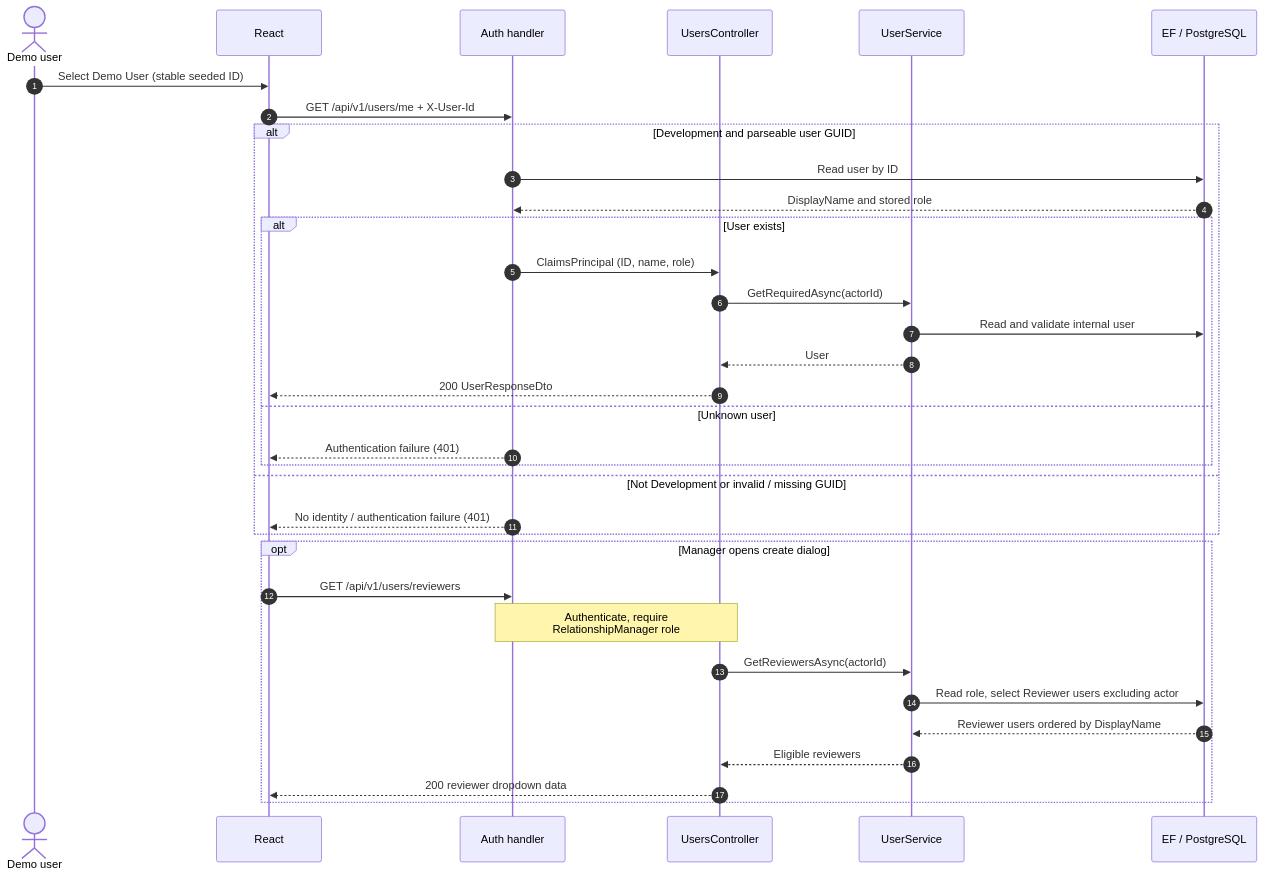
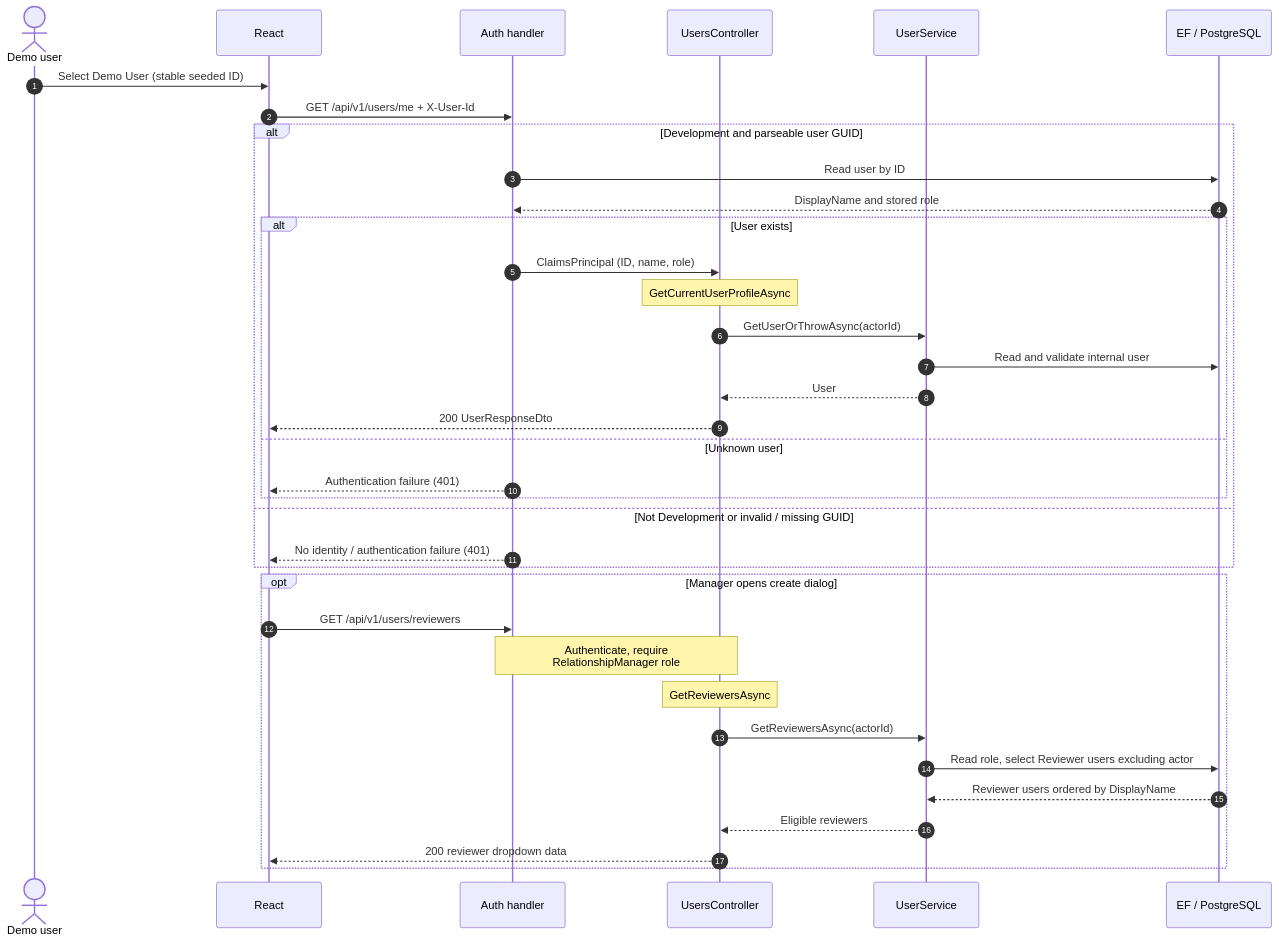
The diagram in Backend/BlueHarvest.PricingExceptions/docs/CurrentImplementation/diagrams/01-development-identity.mmd (FerdinandGang4/Mortgage-pricing-exception-requests-Application), drawn with Mermaid before and after one commit. The commit also changed 128 other files, not shown here.

```diff
--- a/Backend/BlueHarvest.PricingExceptions/docs/CurrentImplementation/diagrams/01-development-identity.mmd
+++ b/Backend/BlueHarvest.PricingExceptions/docs/CurrentImplementation/diagrams/01-development-identity.mmd
@@ -1,34 +1,36 @@
 sequenceDiagram
     autonumber
     actor U as Demo user
     participant UI as React
     participant A as Auth handler
     participant C as UsersController
     participant S as UserService
     participant D as EF / PostgreSQL
     U->>UI: Select Demo User (stable seeded ID)
     UI->>A: GET /api/v1/users/me + X-User-Id
     alt Development and parseable user GUID
         A->>D: Read user by ID
         D-->>A: DisplayName and stored role
         alt User exists
             A->>C: ClaimsPrincipal (ID, name, role)
-            C->>S: GetRequiredAsync(actorId)
+    Note over C: GetCurrentUserProfileAsync
+            C->>S: GetUserOrThrowAsync(actorId)
             S->>D: Read and validate internal user
             S-->>C: User
             C-->>UI: 200 UserResponseDto
         else Unknown user
             A-->>UI: Authentication failure (401)
         end
     else Not Development or invalid / missing GUID
         A-->>UI: No identity / authentication failure (401)
     end
     opt Manager opens create dialog
         UI->>A: GET /api/v1/users/reviewers
         Note over A,C: Authenticate, require<br/>RelationshipManager role
+    Note over C: GetReviewersAsync
         C->>S: GetReviewersAsync(actorId)
         S->>D: Read role, select Reviewer users excluding actor
         D-->>S: Reviewer users ordered by DisplayName
         S-->>C: Eligible reviewers
         C-->>UI: 200 reviewer dropdown data
     end
```
